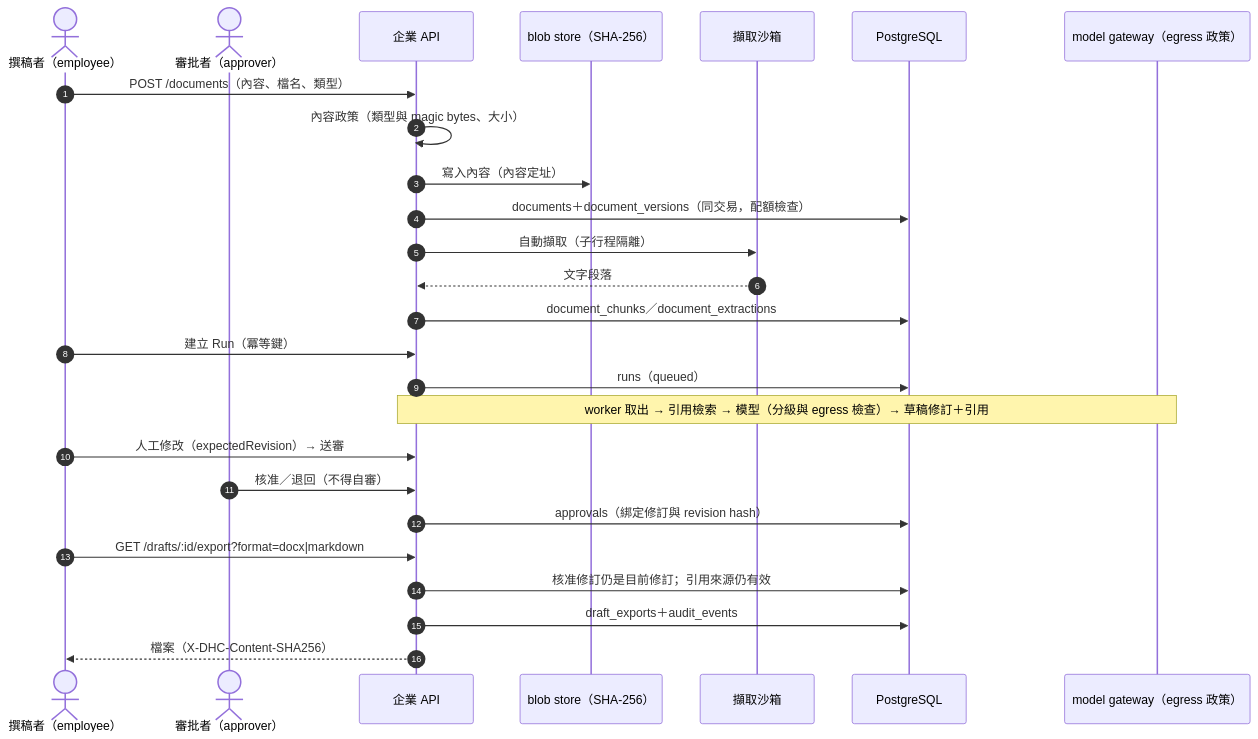
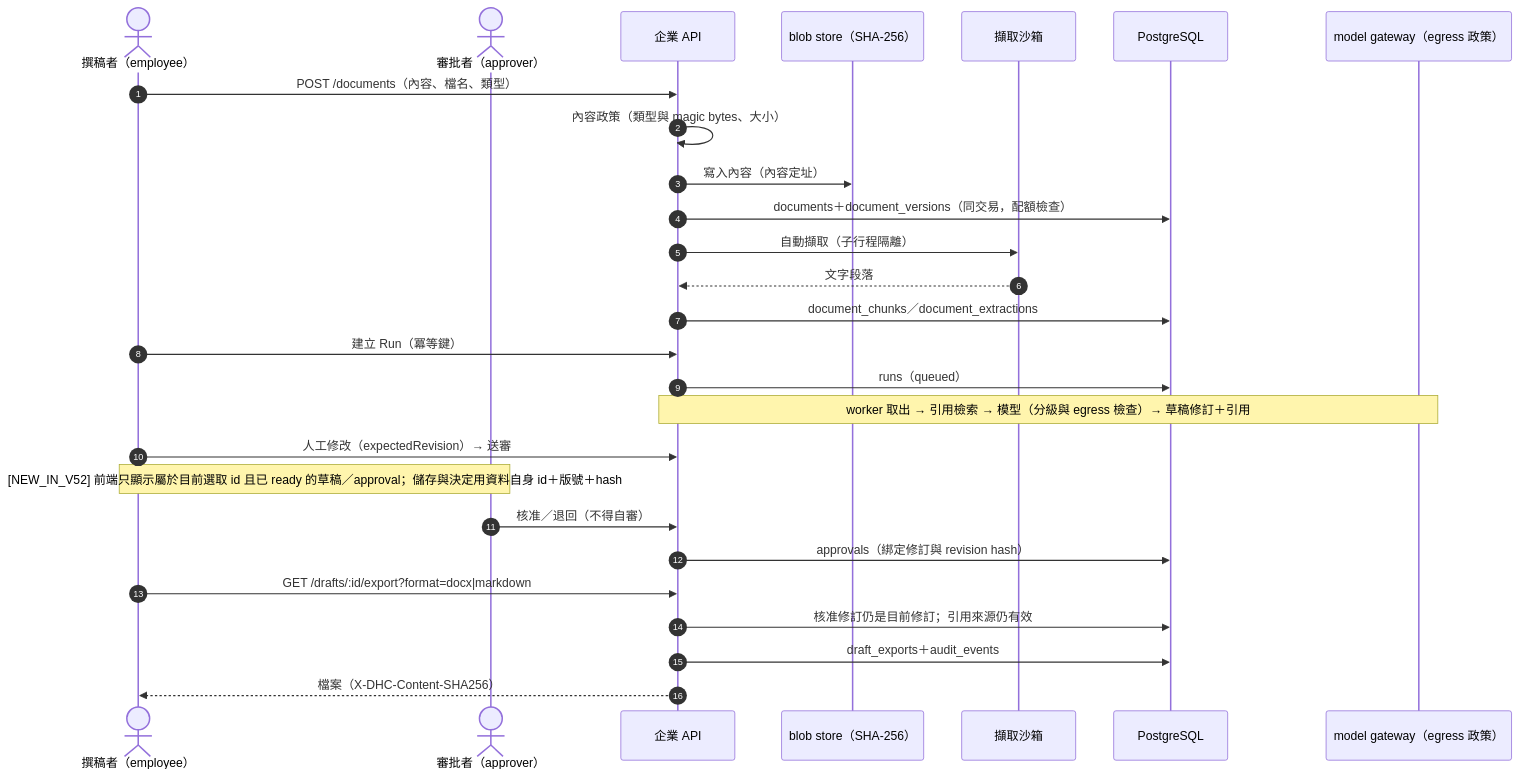
Before and after one commit to hades60414-sys/DHC-AI-SYSTEM: the diagram in web-ui/docs/enterprise/architecture/DOCUMENT_WORKFLOW_SEQUENCE.mmd, drawn with Mermaid. The commit also changed 12 other files, not shown here.

First line of the commit message:
docs(enterprise): V5.2 architecture delta, ledger and ASTRA-ROLL remediation matrix

```diff
--- a/web-ui/docs/enterprise/architecture/DOCUMENT_WORKFLOW_SEQUENCE.mmd
+++ b/web-ui/docs/enterprise/architecture/DOCUMENT_WORKFLOW_SEQUENCE.mmd
@@ -1,27 +1,28 @@
 %% 文件 → 檢索 → 草稿 → 審批 → 匯出（CURRENT）。
 sequenceDiagram
   autonumber
   actor E as 撰稿者（employee）
   actor A as 審批者（approver）
   participant API as 企業 API
   participant BL as blob store（SHA-256）
   participant X as 擷取沙箱
   participant DB as PostgreSQL
   participant M as model gateway（egress 政策）
   E->>API: POST /documents（內容、檔名、類型）
   API->>API: 內容政策（類型與 magic bytes、大小）
   API->>BL: 寫入內容（內容定址）
   API->>DB: documents＋document_versions（同交易，配額檢查）
   API->>X: 自動擷取（子行程隔離）
   X-->>API: 文字段落
   API->>DB: document_chunks／document_extractions
   E->>API: 建立 Run（冪等鍵）
   API->>DB: runs（queued）
   Note over API,M: worker 取出 → 引用檢索 → 模型（分級與 egress 檢查）→ 草稿修訂＋引用
   E->>API: 人工修改（expectedRevision）→ 送審
+  Note over E,A: [NEW_IN_V52] 前端只顯示屬於目前選取 id 且已 ready 的草稿／approval；儲存與決定用資料自身 id＋版號＋hash
   A->>API: 核准／退回（不得自審）
   API->>DB: approvals（綁定修訂與 revision hash）
   E->>API: GET /drafts/:id/export?format=docx|markdown
   API->>DB: 核准修訂仍是目前修訂；引用來源仍有效
   API->>DB: draft_exports＋audit_events
   API-->>E: 檔案（X-DHC-Content-SHA256）
```
